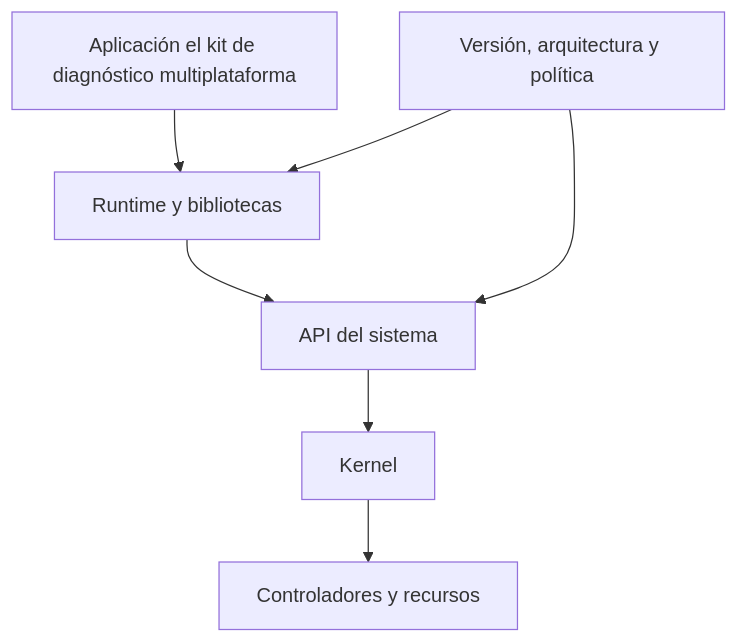
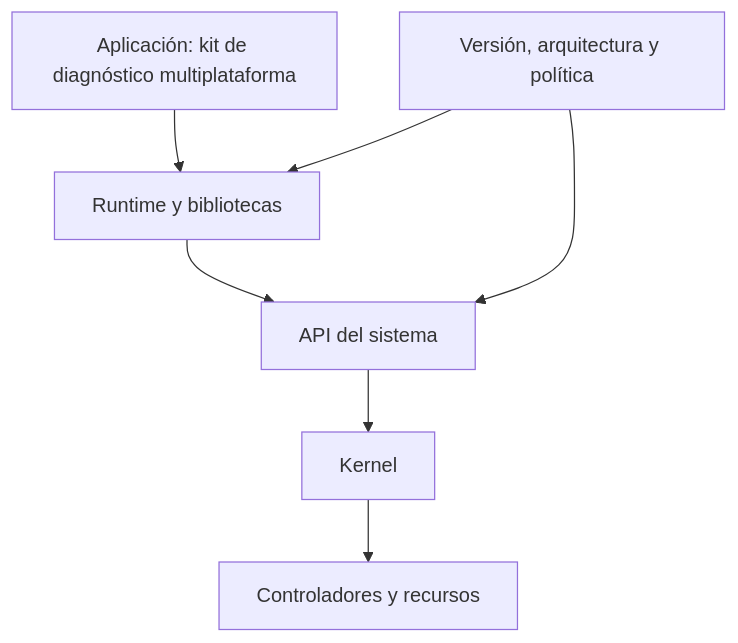
The first of 2 diagrams in classes/part-02-sistemas-operativos-terminal-y-automatizacion-base/se-025-windows-linux-macos-y-sus-modelos-operativos/README.md (vladimiracunadev-create/modern-software-engineering-program), drawn with Mermaid before and after one commit. The commit also changed other lines of this file and 158 other files, not shown here.

````diff
--- a/classes/part-02-sistemas-operativos-terminal-y-automatizacion-base/se-025-windows-linux-macos-y-sus-modelos-operativos/README.md
+++ b/classes/part-02-sistemas-operativos-terminal-y-automatizacion-base/se-025-windows-linux-macos-y-sus-modelos-operativos/README.md
@@ -61,9 +61,9 @@
 ```mermaid
 flowchart TD
- A[Aplicación el kit de diagnóstico multiplataforma] --> B[Runtime y bibliotecas]
+ A[Aplicación: kit de diagnóstico multiplataforma] --> B[Runtime y bibliotecas]
  B --> C[API del sistema]
  C --> D[Kernel]
  D --> E[Controladores y recursos]
  P[Versión, arquitectura y política] --> B
  P --> C
 ```
````
